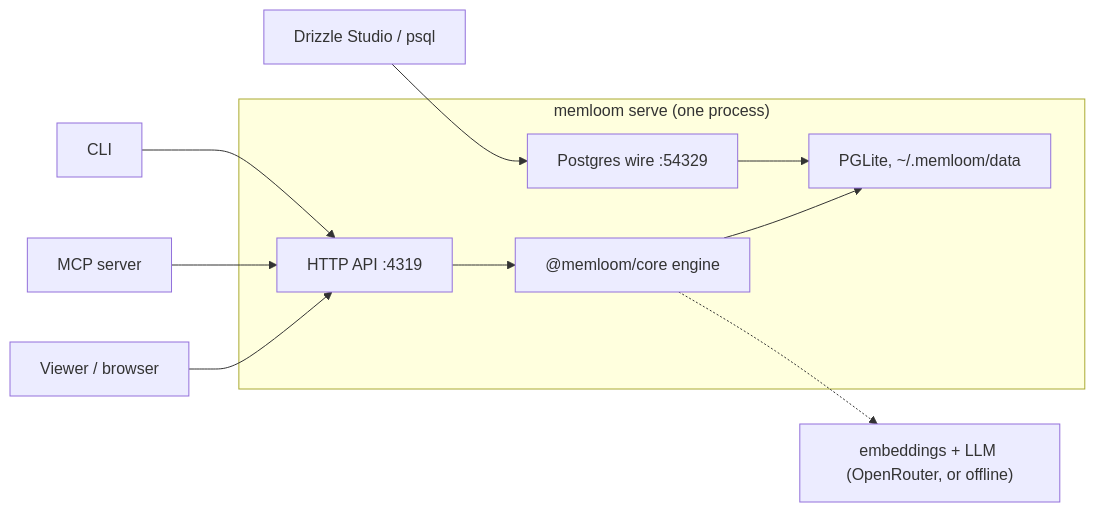
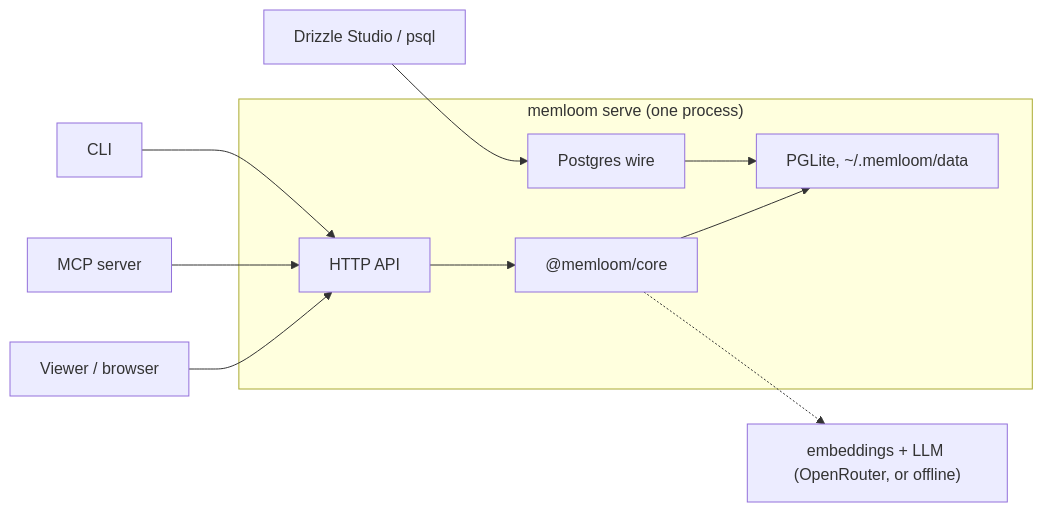
Before and after one commit to memloom/memloom: the diagram in docs/concepts/architecture.mdx, drawn with Mermaid. The commit also changed 4 other files, not shown here.

````diff
--- a/docs/concepts/architecture.mdx
+++ b/docs/concepts/architecture.mdx
@@ -14,13 +14,13 @@
 ```mermaid
 flowchart LR
     CLI[CLI] --> HTTP
     MCP[MCP server] --> HTTP
     Viewer[Viewer / browser] --> HTTP
     Studio[Drizzle Studio / psql] --> Wire
     subgraph daemon ["memloom serve (one process)"]
-        HTTP["HTTP API :4319"] --> Engine
-        Wire["Postgres wire :54329"] --> Store
-        Engine["@memloom/core engine"] --> Store["PGLite, ~/.memloom/data"]
+        HTTP["HTTP API"] --> Engine
+        Wire["Postgres wire"] --> Store
+        Engine["@memloom/core"] --> Store["PGLite, ~/.memloom/data"]
     end
     Engine -.-> Providers["embeddings + LLM (OpenRouter, or offline)"]
 ```
````
